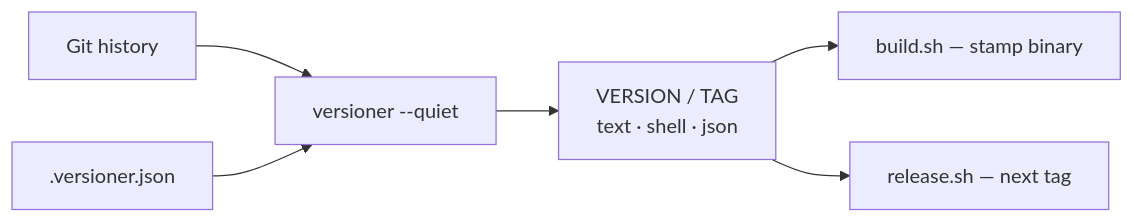
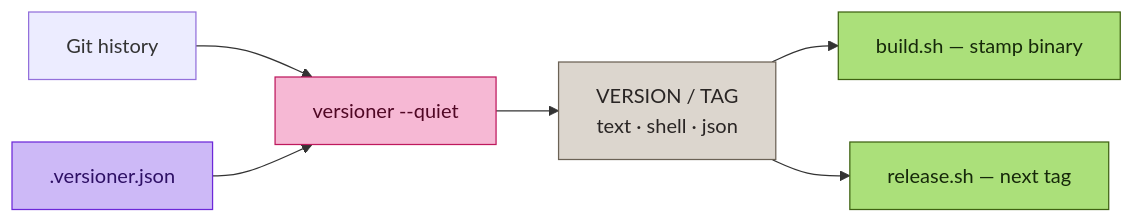
One commit to fordaj/barnacle changed the diagram in scripts/version.sh.md. Above: the diagram before and after it, drawn with Mermaid. The commit also changed 23 other files, not shown here.

````diff
--- a/scripts/version.sh.md
+++ b/scripts/version.sh.md
@@ -3,10 +3,18 @@
 ```mermaid
 flowchart LR
-    Git[Git history] --> Versioner[versioner --quiet]
-    Rules[.versioner.json] --> Versioner
-    Versioner --> Out[VERSION / TAG<br/>text · shell · json]
-    Out --> Build[build.sh — stamp binary]
-    Out --> Release[release.sh — next tag]
+    Git[Git history] --> Versioner["versioner --quiet"]
+    Rules[".versioner.json"] --> Versioner
+    Versioner --> Out["VERSION / TAG<br/>text · shell · json"]
+    Out --> Build["build.sh — stamp binary"]
+    Out --> Release["release.sh — next tag"]
     click Build href "build.sh.md"
     click Release href "release.sh.md"
+    class Versioner tagNode
+    class Rules jsonFile
+    class Out mdFile
+    class Build,Release shFile
+    classDef tagNode fill:#f6b8d4,stroke:#be185d,color:#500724
+    classDef jsonFile fill:#cdb9f7,stroke:#6d28d9,color:#2e1065
+    classDef mdFile fill:#dcd6ce,stroke:#6b6255,color:#292524
+    classDef shFile fill:#abe07a,stroke:#3f6212,color:#16280a
 ```
````
